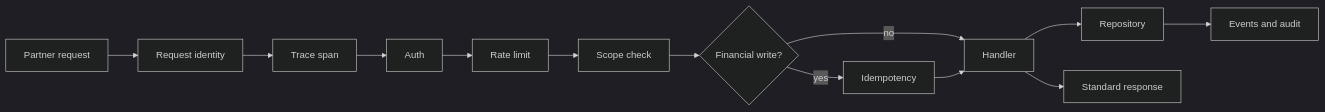
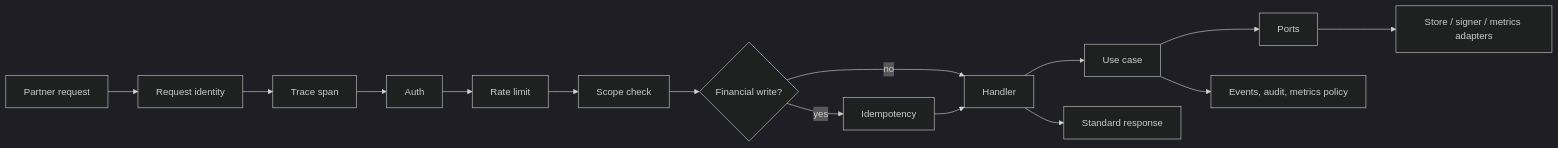
One commit to Defyland/bankport-go-gin-partner-api changed the diagram in docs/diagrams/request-flow.md. Above: the diagram before and after it, drawn with Mermaid (dark theme). The commit also changed 27 other files, not shown here.

Commit message:
docs: formalize ports and adapters architecture

````diff
--- a/docs/diagrams/request-flow.md
+++ b/docs/diagrams/request-flow.md
@@ -3,15 +3,17 @@
 ```mermaid
 flowchart LR
   A["Partner request"] --> B["Request identity"]
   B --> C["Trace span"]
   C --> D["Auth"]
   D --> E["Rate limit"]
   E --> F["Scope check"]
   F --> G{"Financial write?"}
   G -- yes --> H["Idempotency"]
   G -- no --> I["Handler"]
   H --> I
-  I --> J["Repository"]
-  J --> K["Events and audit"]
+  I --> J["Use case"]
+  J --> K["Ports"]
+  K --> M["Store / signer / metrics adapters"]
+  J --> N["Events, audit, metrics policy"]
   I --> L["Standard response"]
 ```
````
